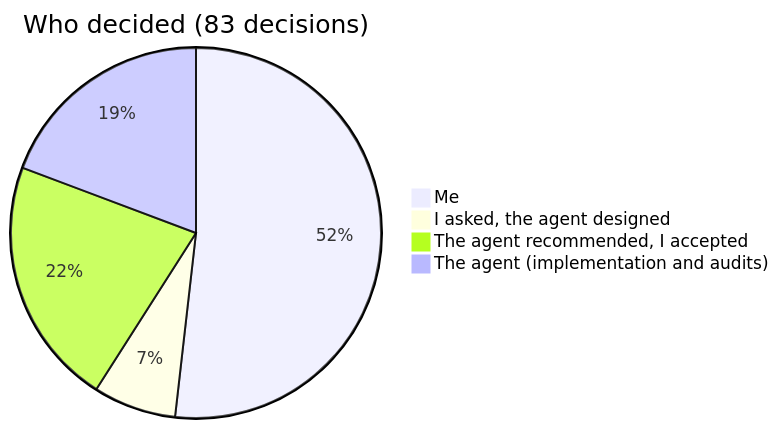
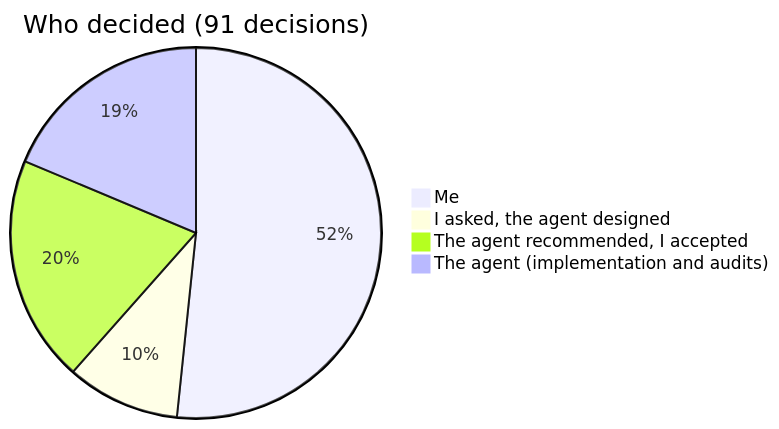
Before and after one commit to micaelcf/parcela-mais-case: the sixth of 6 diagrams in README.en.md, drawn with Mermaid. The commit also changed other lines of this file and 5 other files, not shown here.

````diff
--- a/README.en.md
+++ b/README.en.md
@@ -178,7 +178,7 @@
 ```mermaid
-pie title Who decided (83 decisions)
-    "Me" : 43
-    "I asked, the agent designed" : 6
+pie title Who decided (91 decisions)
+    "Me" : 47
+    "I asked, the agent designed" : 9
     "The agent recommended, I accepted" : 18
-    "The agent (implementation and audits)" : 16
+    "The agent (implementation and audits)" : 17
 ```
````
